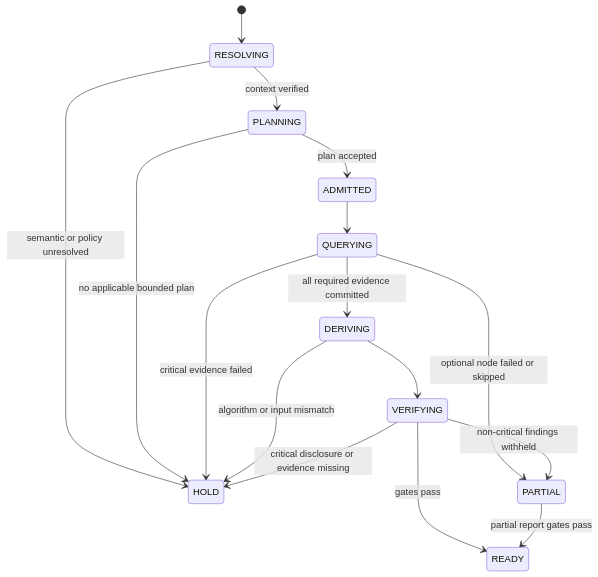
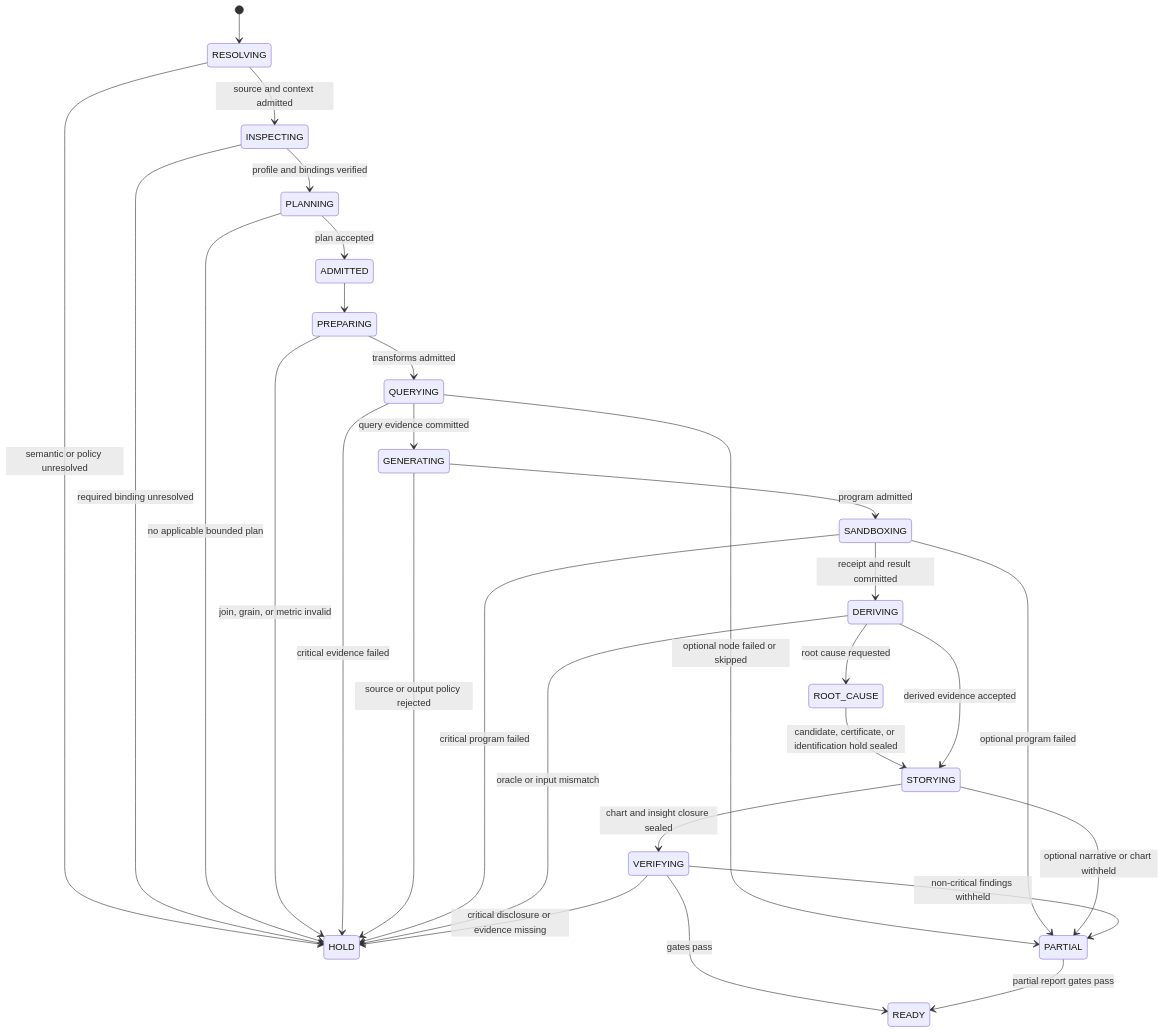
Before and after one commit to LienJack/data-agent: the second of 4 diagrams in docs/plans/2026-08-22-003-feat-ontology-grounded-deterministic-analysis-plan.md, drawn with Mermaid. The commit also changed other lines of this file, not shown here.

Commit message:
docs: expand automatic analysis and root cause plan

````diff
--- a/docs/plans/2026-08-22-003-feat-ontology-grounded-deterministic-analysis-plan.md
+++ b/docs/plans/2026-08-22-003-feat-ontology-grounded-deterministic-analysis-plan.md
@@ -260,18 +388,31 @@
 ```mermaid
 stateDiagram-v2
   [*] --> RESOLVING
-  RESOLVING --> PLANNING: context verified
+  RESOLVING --> INSPECTING: source and context admitted
   RESOLVING --> HOLD: semantic or policy unresolved
+  INSPECTING --> PLANNING: profile and bindings verified
+  INSPECTING --> HOLD: required binding unresolved
   PLANNING --> ADMITTED: plan accepted
   PLANNING --> HOLD: no applicable bounded plan
-  ADMITTED --> QUERYING
-  QUERYING --> DERIVING: all required evidence committed
+  ADMITTED --> PREPARING
+  PREPARING --> QUERYING: transforms admitted
+  PREPARING --> HOLD: join, grain, or metric invalid
+  QUERYING --> GENERATING: query evidence committed
   QUERYING --> PARTIAL: optional node failed or skipped
   QUERYING --> HOLD: critical evidence failed
-  DERIVING --> VERIFYING
-  DERIVING --> HOLD: algorithm or input mismatch
+  GENERATING --> SANDBOXING: program admitted
+  GENERATING --> HOLD: source or output policy rejected
+  SANDBOXING --> DERIVING: receipt and result committed
+  SANDBOXING --> PARTIAL: optional program failed
+  SANDBOXING --> HOLD: critical program failed
+  DERIVING --> ROOT_CAUSE: root cause requested
+  ROOT_CAUSE --> STORYING: candidate, certificate, or identification hold sealed
+  DERIVING --> HOLD: oracle or input mismatch
+  DERIVING --> STORYING: derived evidence accepted
+  STORYING --> VERIFYING: chart and insight closure sealed
+  STORYING --> PARTIAL: optional narrative or chart withheld
   VERIFYING --> READY: gates pass
   VERIFYING --> PARTIAL: non-critical findings withheld
   VERIFYING --> HOLD: critical disclosure or evidence missing
   PARTIAL --> READY: partial report gates pass
 ```
````
